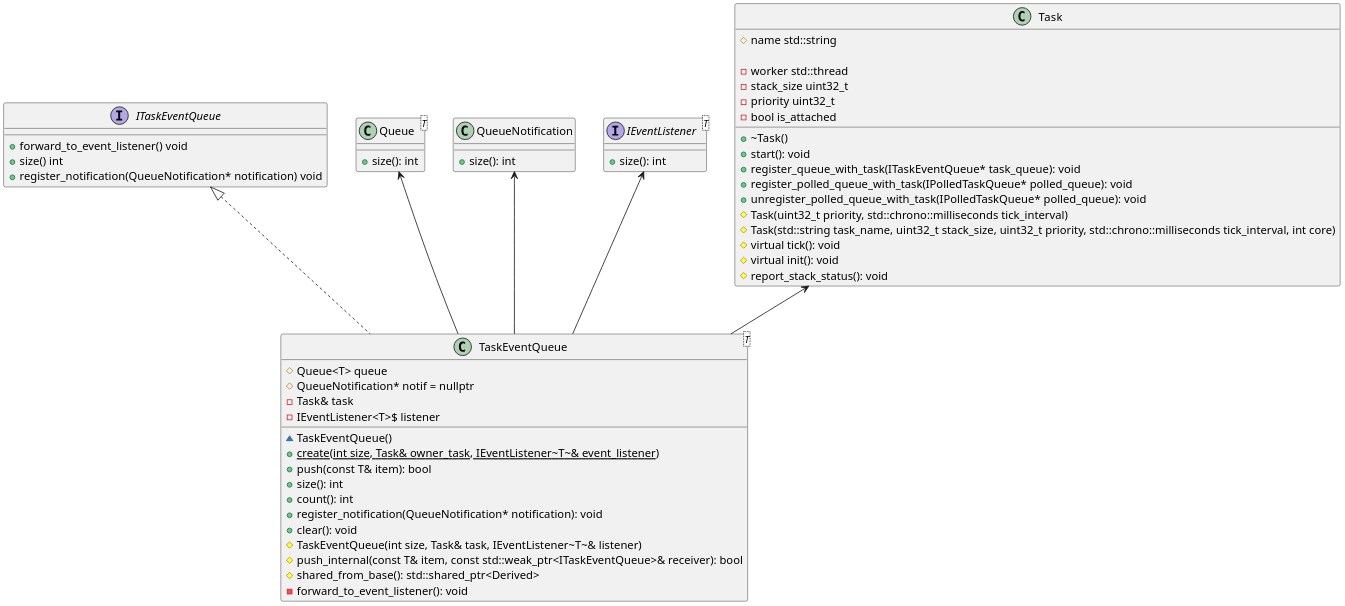
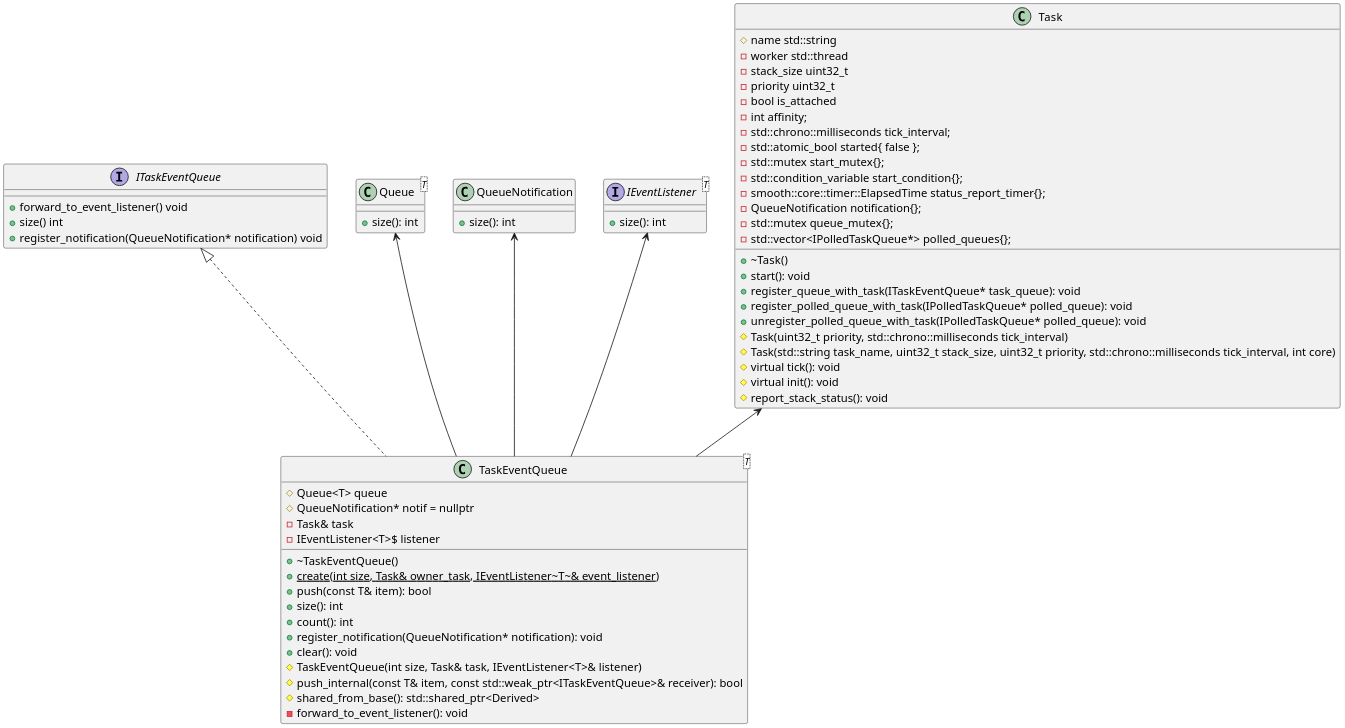
The diagram in components/smooth/diagrams/src/ipc.plantuml (jtpadilla/esp-idf-sc), drawn with PlantUML before and after one commit.

```diff
--- a/components/smooth/diagrams/src/ipc.plantuml
+++ b/components/smooth/diagrams/src/ipc.plantuml
@@ -1,71 +1,76 @@
 @startuml ipc
 
 scale 2
 
 
 interface ITaskEventQueue {
     +forward_to_event_listener() void
     +size() int
     +register_notification(QueueNotification* notification) void
 }
 
 class TaskEventQueue<T> {
     #Queue<T> queue
     #QueueNotification* notif = nullptr
     -Task& task
     -IEventListener<T>$ listener
-    ~TaskEventQueue()
+    +~TaskEventQueue()
     {static} +create(int size, Task& owner_task, IEventListener~T~& event_listener)
     +push(const T& item): bool
     +size(): int
     +count(): int
     +register_notification(QueueNotification* notification): void
     +clear(): void
-    #TaskEventQueue(int size, Task& task, IEventListener~T~& listener)
+    #TaskEventQueue(int size, Task& task, IEventListener<T>& listener)
     #push_internal(const T& item, const std::weak_ptr<ITaskEventQueue>& receiver): bool
     #shared_from_base(): std::shared_ptr<Derived>
     -forward_to_event_listener(): void
 }
 
 class Queue<T> {
     +size(): int
 }
 
 class QueueNotification {
     +size(): int
 }
 
 interface IEventListener<T> {
     +size(): int
 }
 
 class Task {
-
     +~Task()
     +start(): void
     +register_queue_with_task(ITaskEventQueue* task_queue): void
     +register_polled_queue_with_task(IPolledTaskQueue* polled_queue): void
     +unregister_polled_queue_with_task(IPolledTaskQueue* polled_queue): void
-
     #name std::string
     #Task(uint32_t priority, std::chrono::milliseconds tick_interval)
     #Task(std::string task_name, uint32_t stack_size, uint32_t priority, std::chrono::milliseconds tick_interval, int core)
     #virtual tick(): void
     #virtual init(): void
     #report_stack_status(): void
-
     -worker std::thread
     -stack_size uint32_t
     -priority uint32_t
     -bool is_attached
-
+    -int affinity;
+    -std::chrono::milliseconds tick_interval;
+    -std::atomic_bool started{ false };
+    -std::mutex start_mutex{};
+    -std::condition_variable start_condition{};
+    -smooth::core::timer::ElapsedTime status_report_timer{};
+    -QueueNotification notification{};
+    -std::mutex queue_mutex{};
+    -std::vector<IPolledTaskQueue*> polled_queues{};
 }
 
 class TaskEventQueue implements ITaskEventQueue
 Task <-- TaskEventQueue
 IEventListener <-- TaskEventQueue
 
 Queue <-- TaskEventQueue
 QueueNotification <-- TaskEventQueue
 
 @enduml
```
